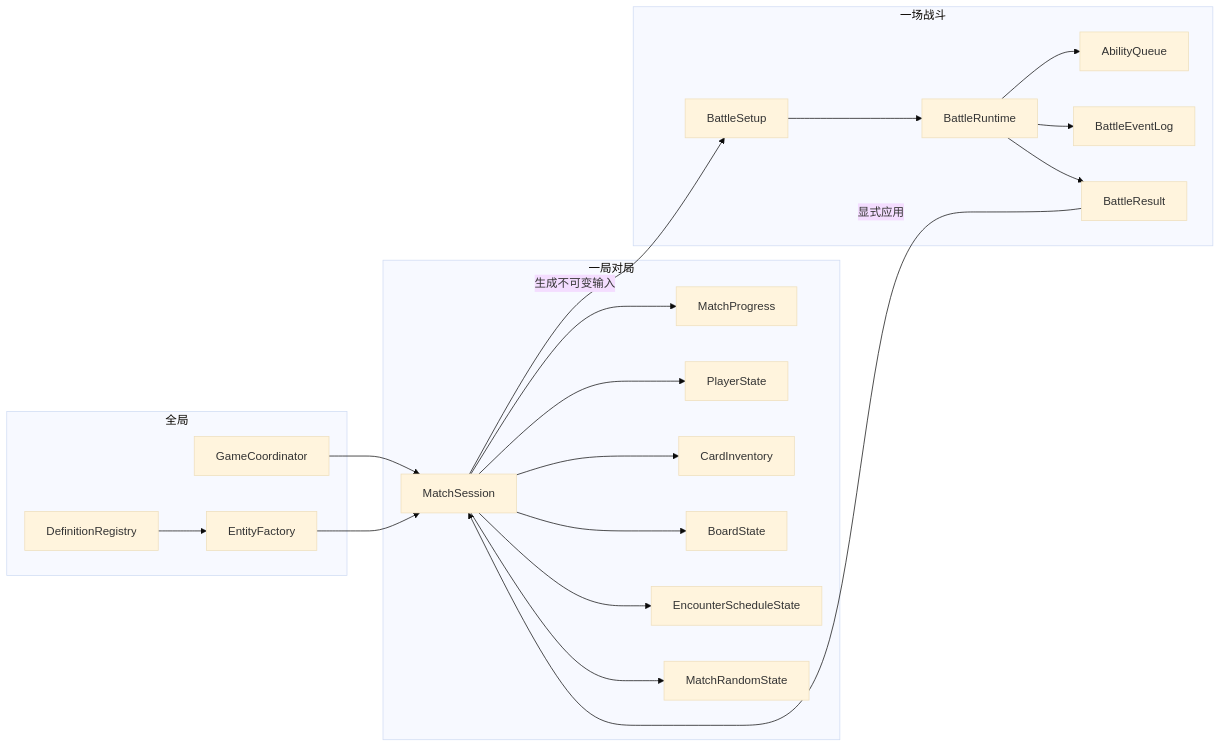
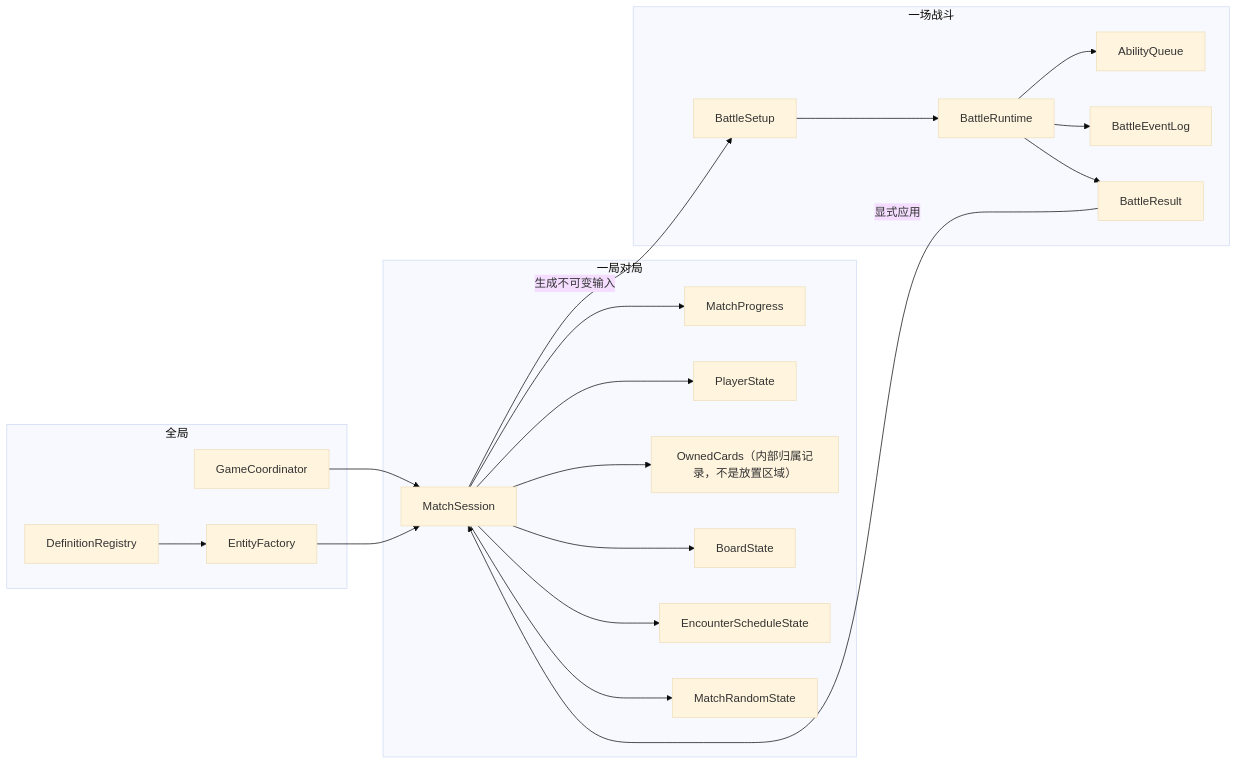
Before and after one commit to WayneTang99/Project_Star: the second of 5 diagrams in docs/ARCHITECTURE.md, drawn with Mermaid (base theme). The commit also changed other lines of this file and 126 other files, not shown here.

````diff
--- a/docs/ARCHITECTURE.md
+++ b/docs/ARCHITECTURE.md
@@ -63,38 +63,38 @@
 ```mermaid
 flowchart LR
     subgraph Global["全局"]
         GC["GameCoordinator"]
         DR["DefinitionRegistry"]
         EF["EntityFactory"]
     end
     subgraph Match["一局对局"]
         MS["MatchSession"]
         MP["MatchProgress"]
         PS["PlayerState"]
-        CI["CardInventory"]
+        CI["OwnedCards（内部归属记录，不是放置区域）"]
         BS["BoardState"]
         ES["EncounterScheduleState"]
         MR["MatchRandomState"]
     end
     subgraph Battle["一场战斗"]
         Setup["BattleSetup"]
         Runtime["BattleRuntime"]
         Queue["AbilityQueue"]
         Log["BattleEventLog"]
         Result["BattleResult"]
     end
     GC --> MS
     DR --> EF --> MS
     MS --> MP
     MS --> PS
     MS --> CI
     MS --> BS
     MS --> ES
     MS --> MR
     MS -->|"生成不可变输入"| Setup
     Setup --> Runtime
     Runtime --> Queue
     Runtime --> Log
     Runtime --> Result
     Result -->|"显式应用"| MS
 ```
````
